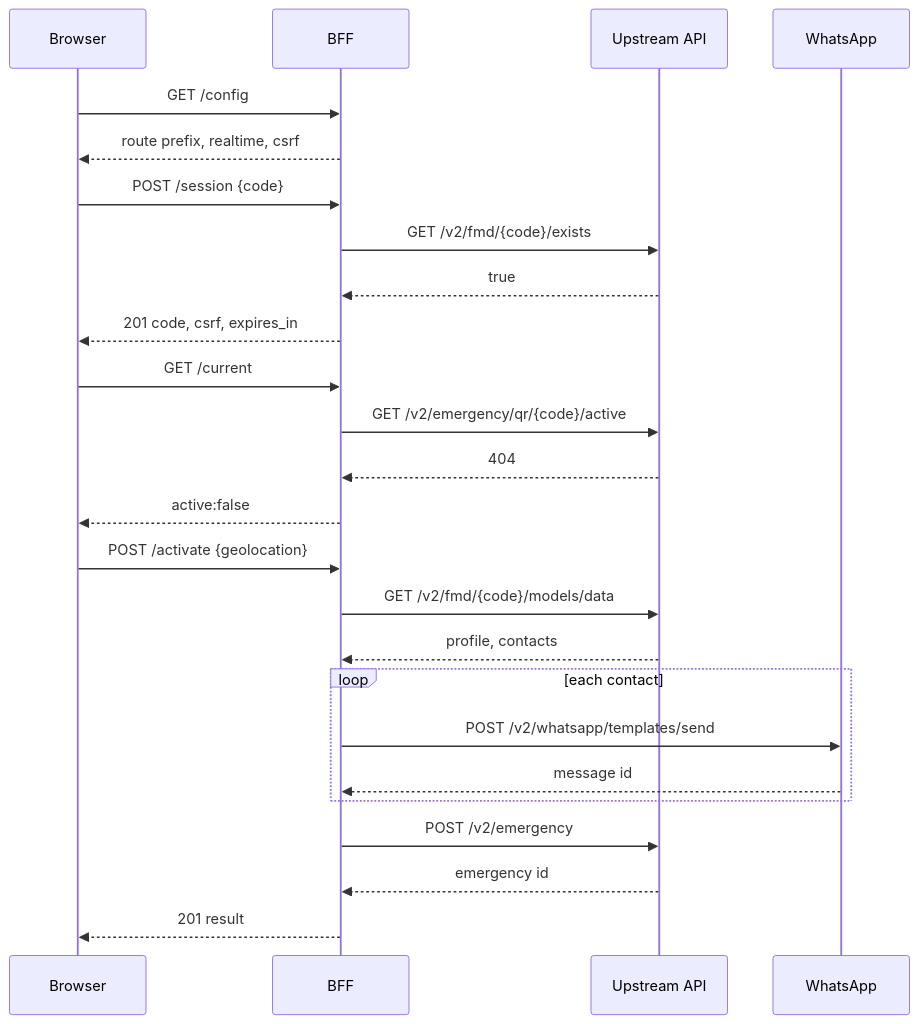
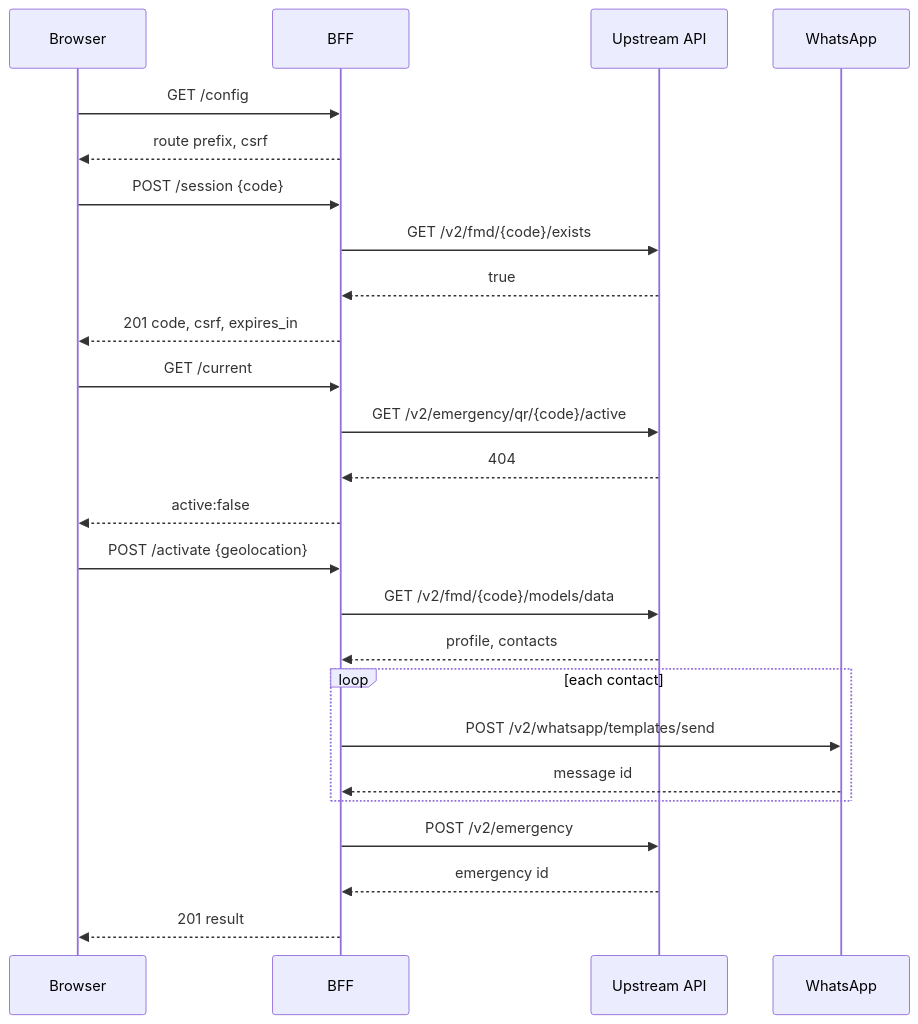
One commit to The-BoxHead-Guy/emergency-bff changed the diagram in docs/api-contract.md. Above: the diagram before and after it, drawn with Mermaid. The commit also changed other lines of this file and 23 other files, not shown here.

````diff
--- a/docs/api-contract.md
+++ b/docs/api-contract.md
@@ -430,28 +420,28 @@
 ```mermaid
 sequenceDiagram
   participant B as Browser
   participant F as BFF
   participant U as Upstream API
   participant W as WhatsApp
 
   B->>F: GET /config
-  F-->>B: route prefix, realtime, csrf
+  F-->>B: route prefix, csrf
   B->>F: POST /session {code}
   F->>U: GET /v2/fmd/{code}/exists
   U-->>F: true
   F-->>B: 201 code, csrf, expires_in
   B->>F: GET /current
   F->>U: GET /v2/emergency/qr/{code}/active
   U-->>F: 404
   F-->>B: active:false
   B->>F: POST /activate {geolocation}
   F->>U: GET /v2/fmd/{code}/models/data
   U-->>F: profile, contacts
   loop each contact
     F->>W: POST /v2/whatsapp/templates/send
     W-->>F: message id
   end
   F->>U: POST /v2/emergency
   U-->>F: emergency id
   F-->>B: 201 result
 ```
````
